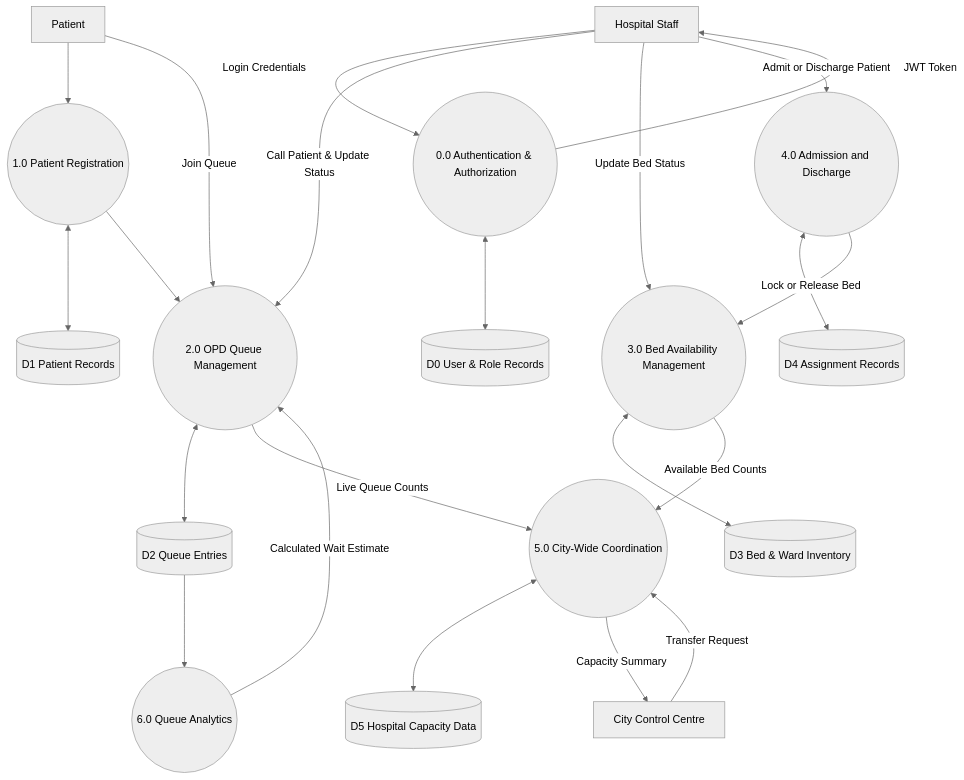
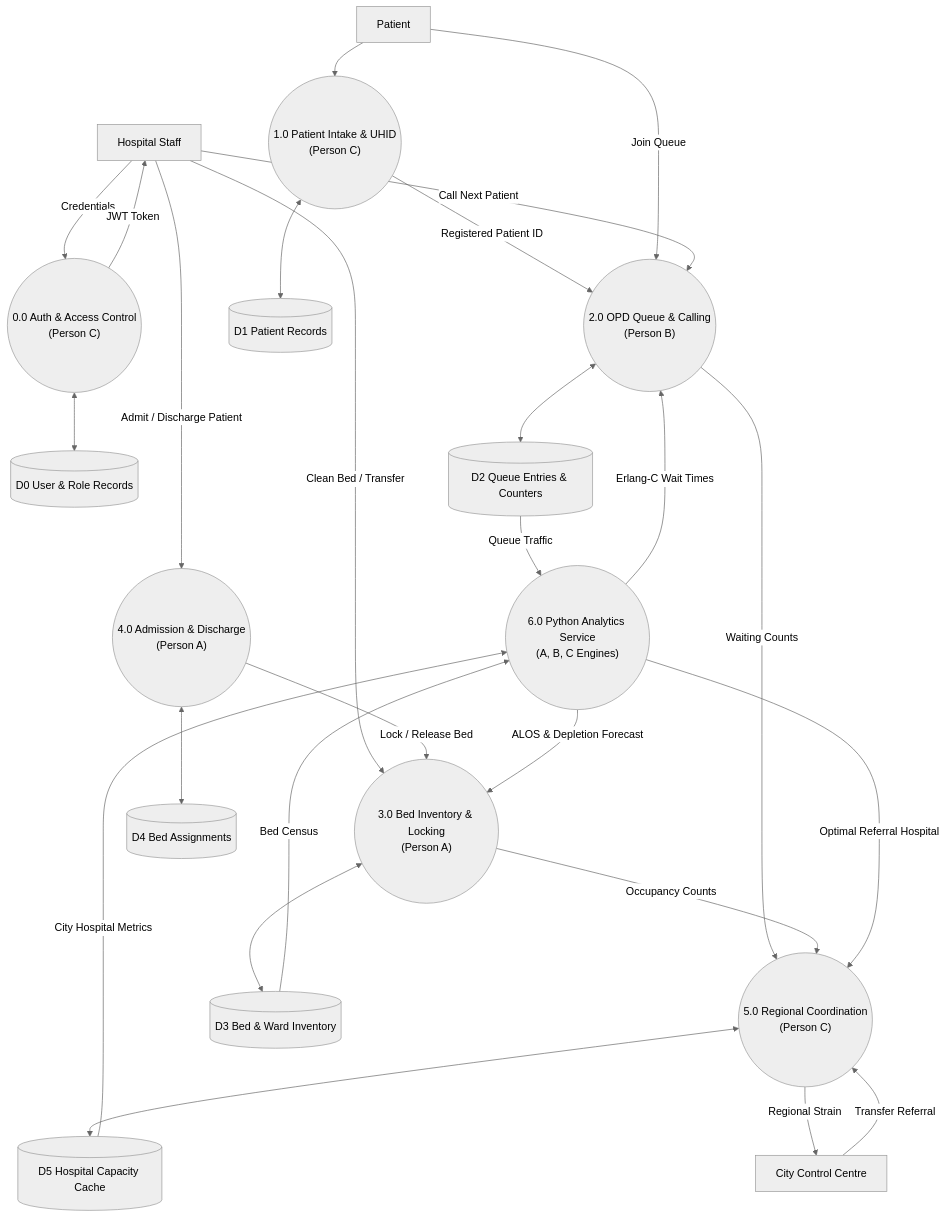
Before and after one commit to Ar1es-XD/AP-Project: the second of 6 diagrams in documentation/Hospital_Management_System_Proposal.md, drawn with Mermaid (neutral theme). The commit also changed other lines of this file and 5 other files, not shown here.

Commit message:
docs: update proposal, build plan, and ER diagram to reflect redistributed plan and remove obsolete PDFs

````diff
--- a/documentation/Hospital_Management_System_Proposal.md
+++ b/documentation/Hospital_Management_System_Proposal.md
@@ -666,49 +346,53 @@
 ```mermaid
 flowchart TB
     PAT[Patient]
     STAFF[Hospital Staff]
     CITY[City Control Centre]
 
-    P0(("0.0 Authentication & Authorization"))
-    P1(("1.0 Patient Registration"))
-    P2(("2.0 OPD Queue Management"))
-    P3(("3.0 Bed Availability Management"))
-    P4(("4.0 Admission and Discharge"))
-    P5(("5.0 City-Wide Coordination"))
-    P6(("6.0 Queue Analytics"))
+    P0(("0.0 Auth & Access Control\n(Person C)"))
+    P1(("1.0 Patient Intake & UHID\n(Person C)"))
+    P2(("2.0 OPD Queue & Calling\n(Person B)"))
+    P3(("3.0 Bed Inventory & Locking\n(Person A)"))
+    P4(("4.0 Admission & Discharge\n(Person A)"))
+    P5(("5.0 Regional Coordination\n(Person C)"))
+    P6(("6.0 Python Analytics Service\n(A, B, C Engines)"))
 
     D0[("D0 User & Role Records")]
     D1[("D1 Patient Records")]
-    D2[("D2 Queue Entries")]
+    D2[("D2 Queue Entries & Counters")]
     D3[("D3 Bed & Ward Inventory")]
-    D4[("D4 Assignment Records")]
-    D5[("D5 Hospital Capacity Data")]
+    D4[("D4 Bed Assignments")]
+    D5[("D5 Hospital Capacity Cache")]
 
-    STAFF -->|"Login Credentials"| P0
-    P0 -->|"JWT Token"| STAFF
+    STAFF -->|Credentials| P0
+    P0 -->|JWT Token| STAFF
     P0 <--> D0
 
     PAT --> P1
     P1 <--> D1
-    P1 --> P2
+    P1 -->|Registered Patient ID| P2
 
     PAT -->|Join Queue| P2
-    STAFF -->|Call Patient & Update Status| P2
+    STAFF -->|Call Next Patient| P2
     P2 <--> D2
 
-    STAFF -->|Update Bed Status| P3
+    STAFF -->|Clean Bed / Transfer| P3
     P3 <--> D3
 
-    STAFF -->|Admit or Discharge Patient| P4
+    STAFF -->|Admit / Discharge Patient| P4
     P4 <--> D4
-    P4 -->|Lock or Release Bed| P3
+    P4 -->|Lock / Release Bed| P3
 
-    P2 -->|Live Queue Counts| P5
-    P3 -->|Available Bed Counts| P5
+    P2 -->|Waiting Counts| P5
+    P3 -->|Occupancy Counts| P5
     P5 <--> D5
-    P5 -->|Capacity Summary| CITY
-    CITY -->|Transfer Request| P5
+    P5 -->|Regional Strain| CITY
+    CITY -->|Transfer Referral| P5
 
-    D2 --> P6
-    P6 -->|Calculated Wait Estimate| P2
+    D2 -->|Queue Traffic| P6
+    D3 -->|Bed Census| P6
+    D5 -->|City Hospital Metrics| P6
+    P6 -->|Erlang-C Wait Times| P2
+    P6 -->|ALOS & Depletion Forecast| P3
+    P6 -->|Optimal Referral Hospital| P5
 ```
````
